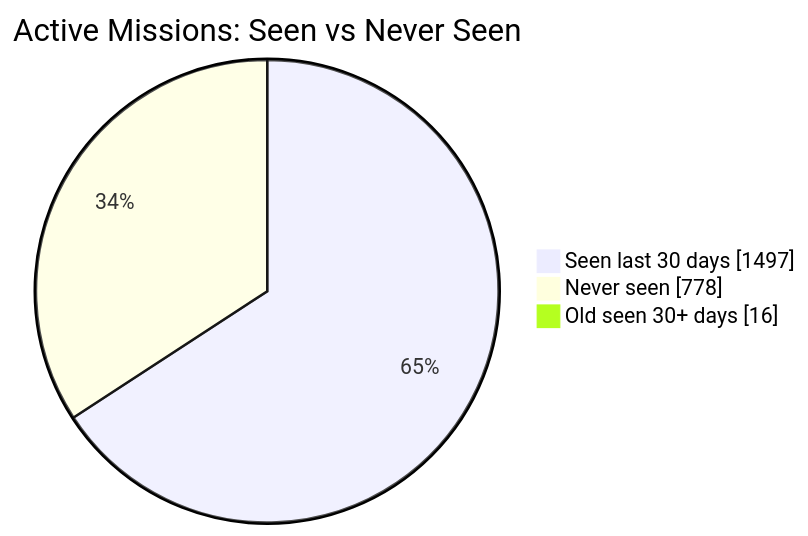
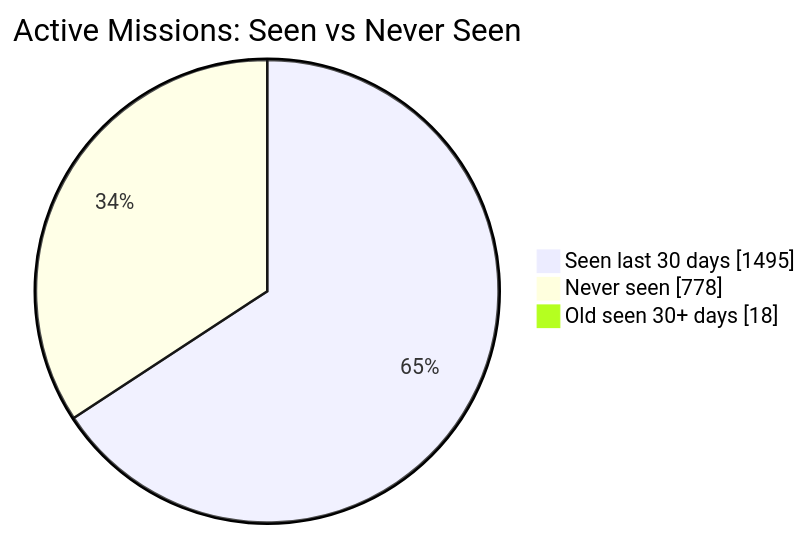
One commit to MeldkamerspelGameTeam/active-missions changed the first of 2 diagrams in README.md. Above: the diagram before and after it, drawn with Mermaid. The commit also changed other lines of this file and 3 other files, not shown here.

````diff
--- a/README.md
+++ b/README.md
@@ -34,7 +34,7 @@
 ```mermaid
 pie showData
     title Active Missions: Seen vs Never Seen
-    "Seen last 30 days" : 1497
+    "Seen last 30 days" : 1495
     "Never seen" : 778
-    "Old seen 30+ days" : 16
+    "Old seen 30+ days" : 18
 ```
````
